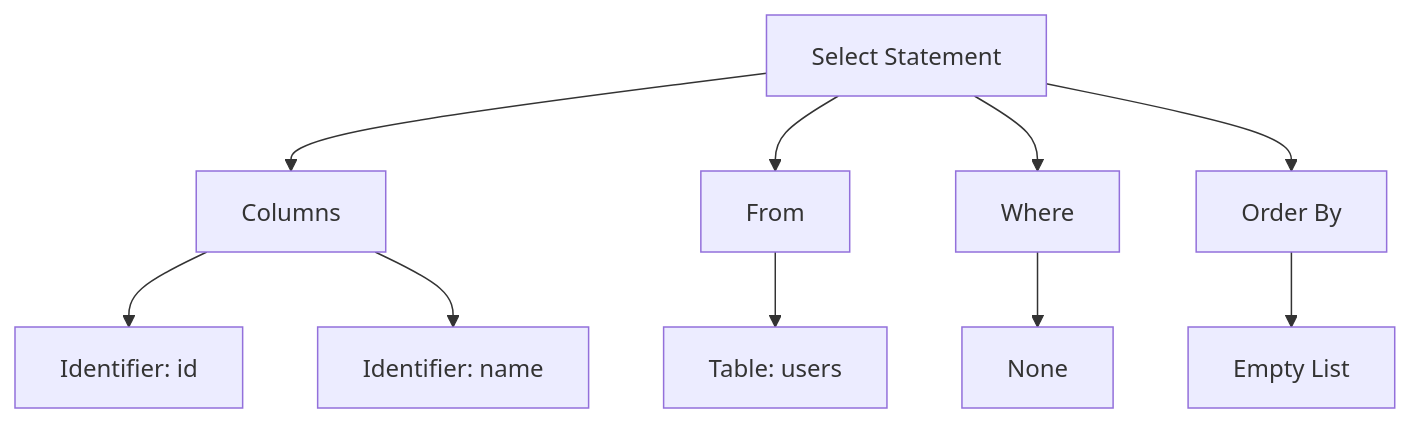
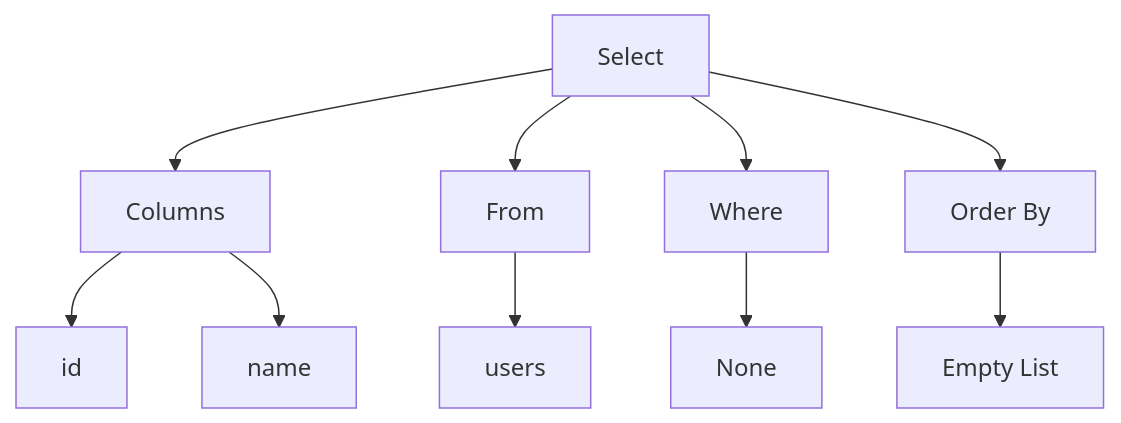
Before and after one commit to TickLabVN/challenges: the second of 2 diagrams in engineer/cs/simple-csv-query-tool/timelines/week_2/guideline.md, drawn with Mermaid. The commit also changed other lines of this file, not shown here.

````diff
--- a/engineer/cs/simple-csv-query-tool/timelines/week_2/guideline.md
+++ b/engineer/cs/simple-csv-query-tool/timelines/week_2/guideline.md
@@ -46,14 +45,14 @@
 ```mermaid
 flowchart TD
-    S[Select Statement]
+    S[Select]
     S --> C[Columns]
     S --> F[From]
     S --> W[Where]
     S --> O[Order By]
 
-    C --> ID[Identifier: id]
-    C --> NAME[Identifier: name]
-    F --> USERS[Table: users]
+    C --> ID[id]
+    C --> NAME[name]
+    F --> USERS[users]
     W --> NONE[None]
     O --> EMPTY[Empty List]
 ```
````
